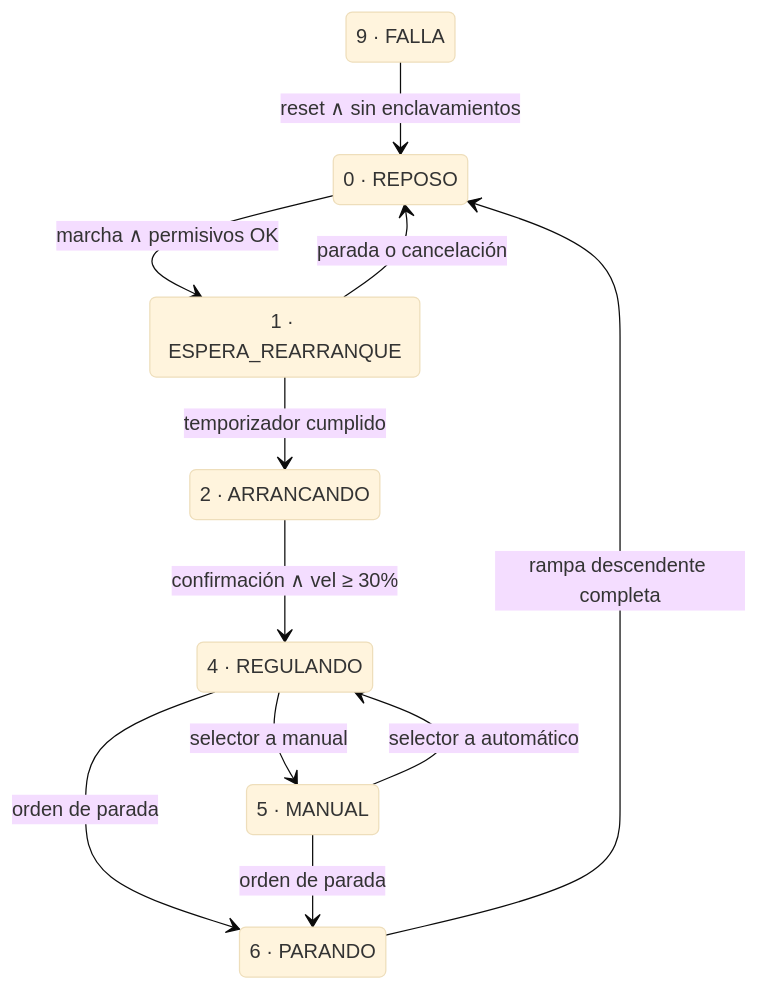
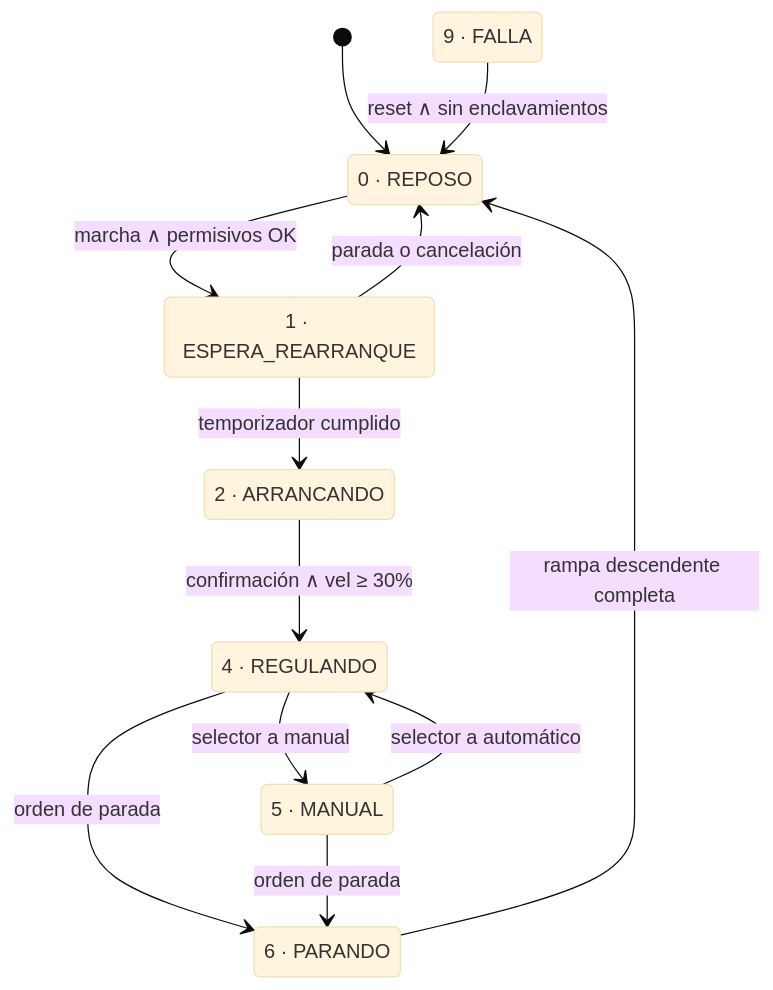
The diagram in README.md (JESUSHERNANDO/portafolio-automatizacion), drawn with Mermaid (base theme) before and after one commit. The commit also changed other lines of this file, not shown here.

````diff
--- a/README.md
+++ b/README.md
@@ -54,22 +60,22 @@
 ```mermaid
 stateDiagram-v2
-
+    [*] --> S0
     S0: 0 · REPOSO
     S1: 1 · ESPERA_REARRANQUE
     S2: 2 · ARRANCANDO
     S4: 4 · REGULANDO
     S5: 5 · MANUAL
     S6: 6 · PARANDO
     S9: 9 · FALLA
 
     S0 --> S1: marcha ∧ permisivos OK
     S1 --> S0: parada o cancelación
     S1 --> S2: temporizador cumplido
     S2 --> S4: confirmación ∧ vel ≥ 30%
     S4 --> S5: selector a manual
     S5 --> S4: selector a automático
     S4 --> S6: orden de parada
     S5 --> S6: orden de parada
     S6 --> S0: rampa descendente completa
     S9 --> S0: reset ∧ sin enclavamientos
 ```
````
